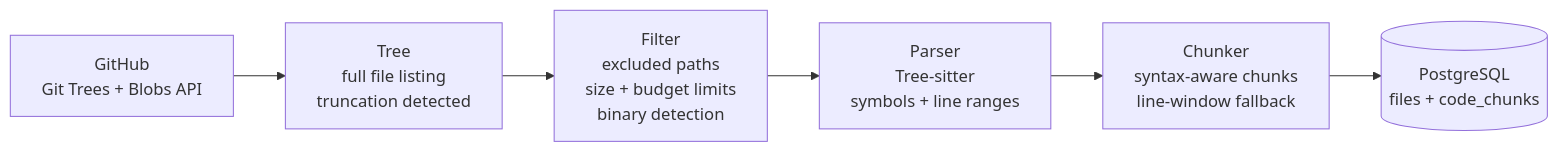
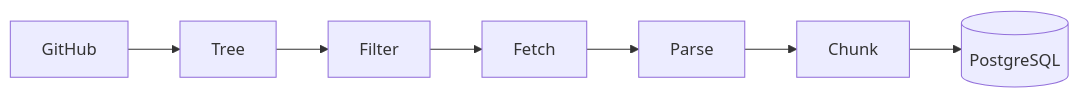
One commit to NatureHawk/Devpilot changed the second of 2 diagrams in README.md. Above: the diagram before and after it, drawn with Mermaid. The commit also changed other lines of this file and 1 other file, not shown here.

````diff
--- a/README.md
+++ b/README.md
@@ -71,22 +62,9 @@
 ```mermaid
 flowchart LR
-    GH["GitHub
-    Git Trees + Blobs API"]
-    TREE["Tree
-    full file listing
-    truncation detected"]
-    FILTER["Filter
-    excluded paths
-    size + budget limits
-    binary detection"]
-    PARSE["Parser
-    Tree-sitter
-    symbols + line ranges"]
-    CHUNK["Chunker
-    syntax-aware chunks
-    line-window fallback"]
-    DB[("PostgreSQL
-    files + code_chunks")]
-
-    GH --> TREE --> FILTER --> PARSE --> CHUNK --> DB
+    A["GitHub"] --> B["Tree"]
+    B --> C["Filter"]
+    C --> D["Fetch"]
+    D --> E["Parse"]
+    E --> F["Chunk"]
+    F --> G[("PostgreSQL")]
 ```
````
